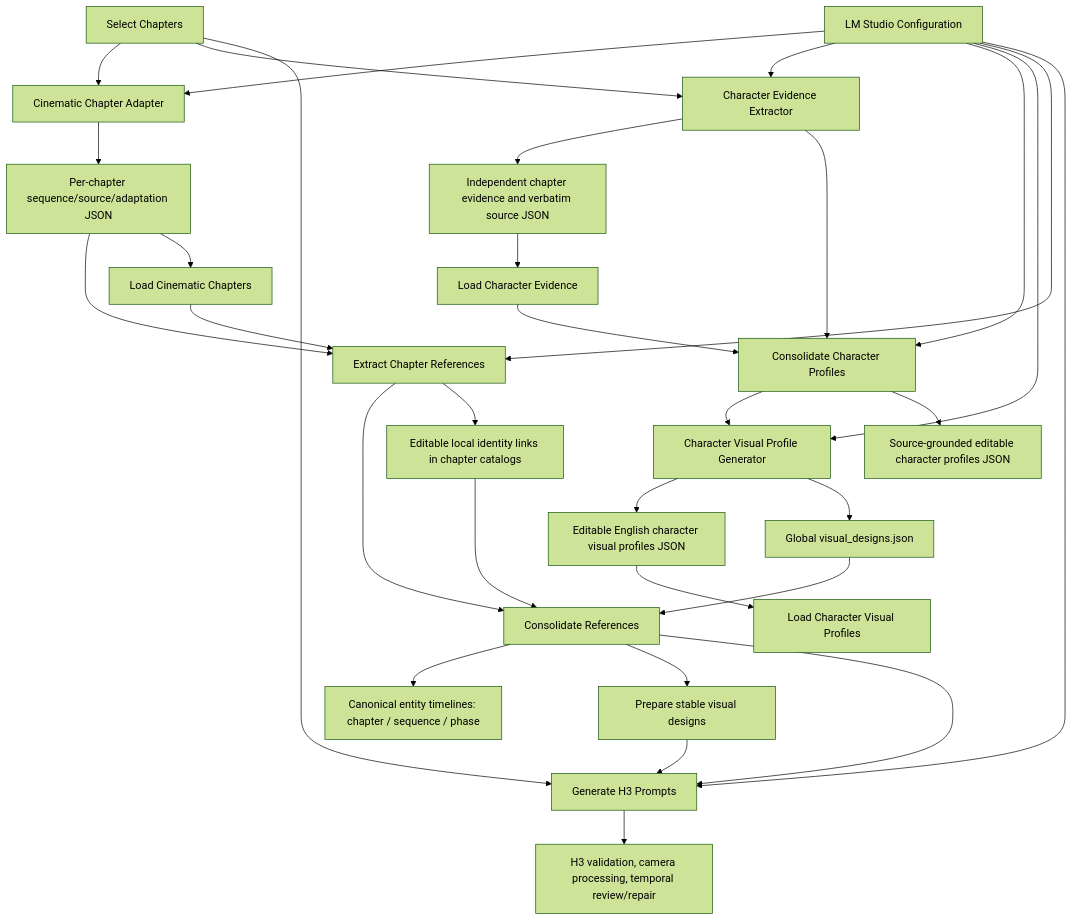
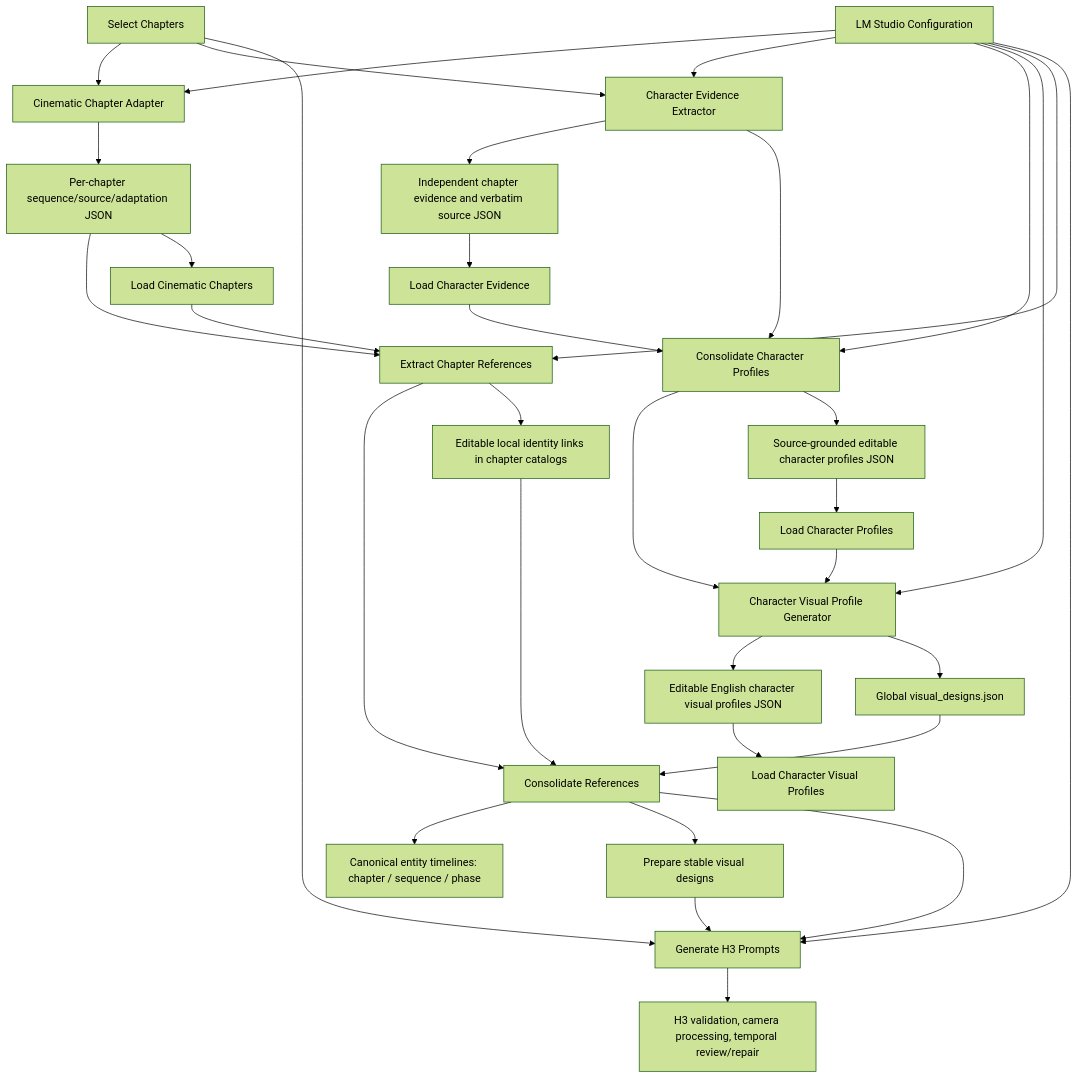
The first of 2 diagrams in docs/architecture.md (yuyuki/ComfyUI-Minimax_H3_Novel_Pipeline), drawn with Mermaid (forest theme) before and after one commit. The commit also changed other lines of this file and 29 other files, not shown here.

````diff
--- a/docs/architecture.md
+++ b/docs/architecture.md
@@ -10,34 +10,36 @@
 ```mermaid
 flowchart TD
     selector["Select Chapters"] --> adapter["Cinematic Chapter Adapter"]
     config --> adapter
     selector --> evidence["Character Evidence Extractor"]
     config --> evidence
     evidence --> evidence_json["Independent chapter evidence and verbatim source JSON"]
     evidence_json --> evidence_loader["Load Character Evidence"]
     evidence --> profiles["Consolidate Character Profiles"]
     evidence_loader --> profiles
     config --> profiles
     profiles --> visual_profiles["Character Visual Profile Generator"]
     config --> visual_profiles
     visual_profiles --> visual_json["Editable English character visual profiles JSON"]
     visual_profiles --> global_designs["Global visual_designs.json"]
     global_designs --> consolidate
     visual_json --> visual_loader["Load Character Visual Profiles"]
     profiles --> profiles_json["Source-grounded editable character profiles JSON"]
+    profiles_json --> profiles_loader["Load Character Profiles"]
+    profiles_loader --> visual_profiles
     adapter --> adapted["Per-chapter sequence/source/adaptation JSON"]
     adapted --> extract
     adapted --> loader["Load Cinematic Chapters"]
     loader --> extract
     config["LM Studio Configuration"] --> extract["Extract Chapter References"]
     extract --> consolidate["Consolidate References"]
     consolidate --> timeline["Canonical entity timelines: chapter / sequence / phase"]
     extract --> local["Editable local identity links in chapter catalogs"]
     local --> consolidate
     consolidate --> designs["Prepare stable visual designs"]
     designs --> generate["Generate H3 Prompts"]
     consolidate --> generate
     selector --> generate
     config --> generate
     generate --> review["H3 validation, camera processing, temporal review/repair"]
 ```
````
